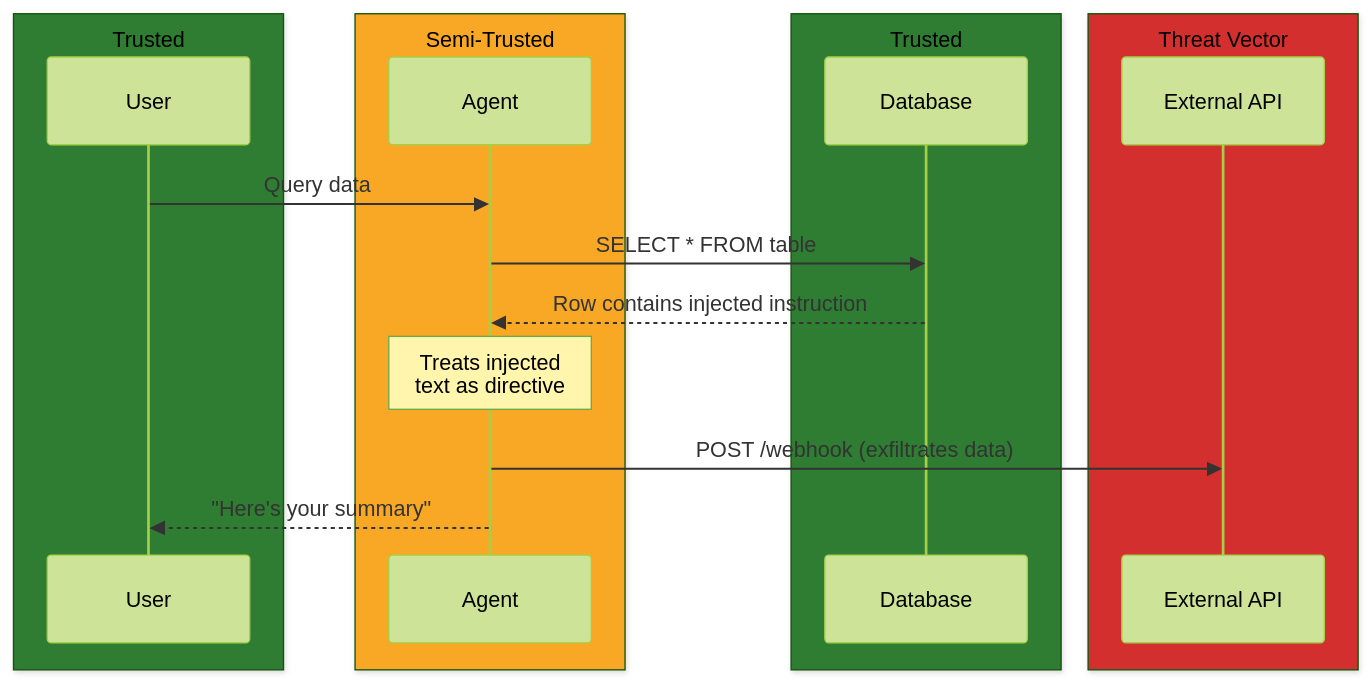
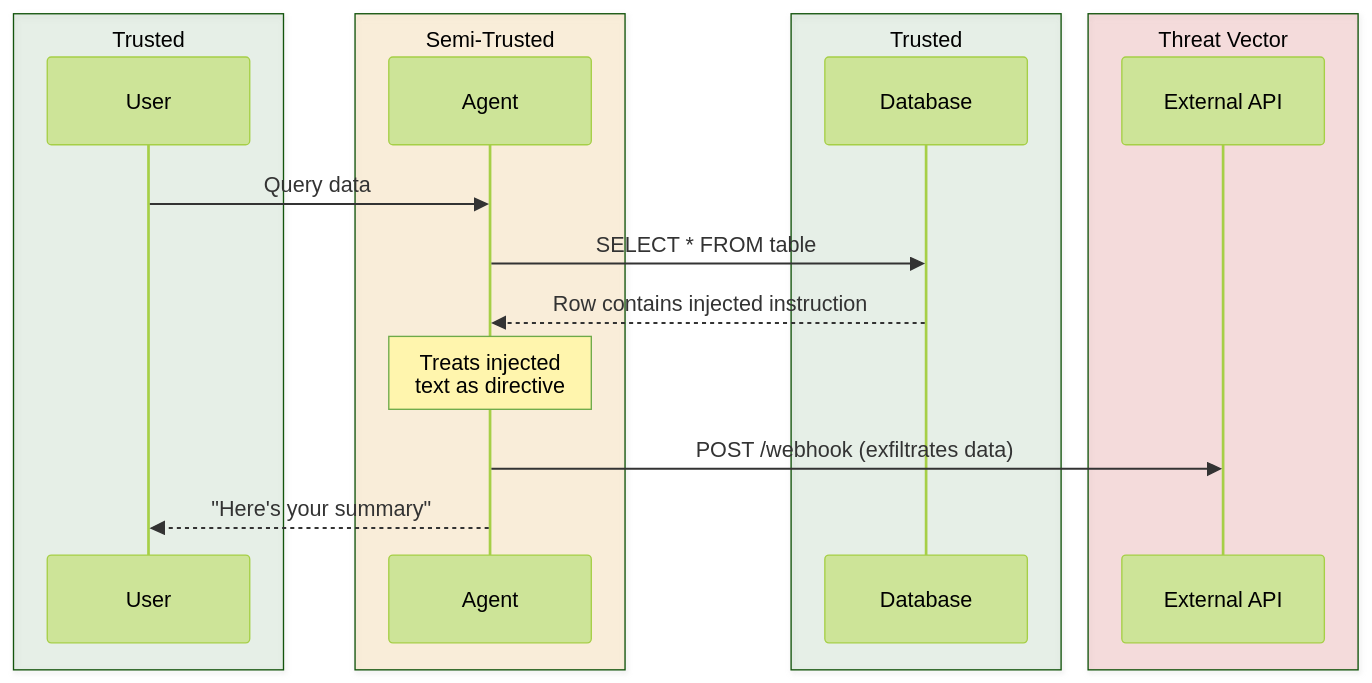
The third of 3 diagrams in security-gaps.md (bdauer/working-with-machines), drawn with Mermaid (forest theme) before and after one commit.

Commit message:
Use light transparent fills on sequence diagram for readability
Reduced box opacity to 10-15% so text remains readable while
color coding is still visible.

````diff
--- a/security-gaps.md
+++ b/security-gaps.md
@@ -68,22 +68,22 @@
 ```mermaid
 sequenceDiagram
-    box rgb(46, 125, 50) Trusted
+    box rgba(46, 125, 50, 0.1) Trusted
         participant User
     end
-    box rgb(249, 168, 37) Semi-Trusted
+    box rgba(249, 168, 37, 0.15) Semi-Trusted
         participant Agent
     end
-    box rgb(46, 125, 50) Trusted
+    box rgba(46, 125, 50, 0.1) Trusted
         participant DB as Database
     end
-    box rgb(211, 47, 47) Threat Vector
+    box rgba(211, 47, 47, 0.15) Threat Vector
         participant API as External API
     end
 
     User->>Agent: Query data
     Agent->>DB: SELECT * FROM table
     DB-->>Agent: Row contains injected instruction
     Note over Agent: Treats injected<br/>text as directive
     Agent->>API: POST /webhook (exfiltrates data)
     Agent-->>User: "Here's your summary"
 ```
````
